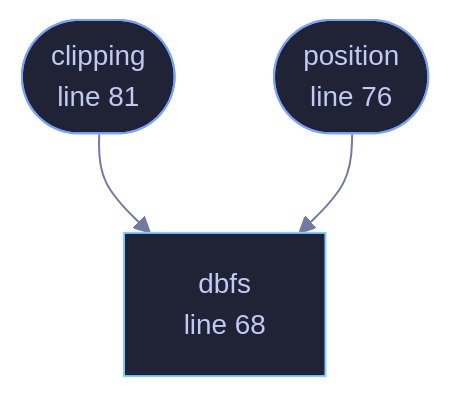
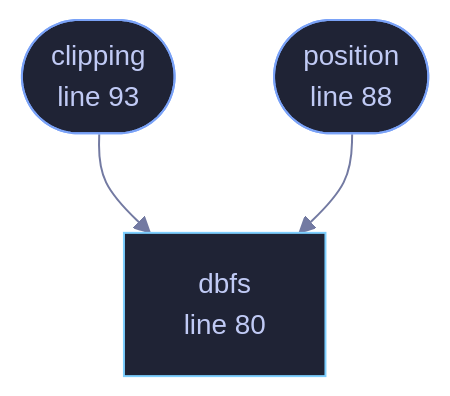
The diagram in docs/files/veilvoice-audio/meter.md (tilas01/veilvoice), drawn with Mermaid before and after one commit. The commit also changed other lines of this file and 487 other files, not shown here.

````diff
--- a/docs/files/veilvoice-audio/meter.md
+++ b/docs/files/veilvoice-audio/meter.md
@@ -87,16 +100,16 @@
 ```mermaid
 %%{init: {"theme":"base","themeVariables":{"background":"#1a1b26","primaryColor":"#1f2335","primaryTextColor":"#c0caf5","primaryBorderColor":"#7aa2f7","secondaryColor":"#16161e","tertiaryColor":"#16161e","lineColor":"#737aa2","textColor":"#c0caf5","mainBkg":"#1f2335","nodeBorder":"#7aa2f7","clusterBkg":"#16161e","clusterBorder":"#2f3549","fontFamily":"ui-monospace, SFMono-Regular, Consolas, monospace","fontSize":"14px"}}}%%
 flowchart TD
-    n_dbfs["dbfs<br/>line 68"]
-    n_position(["position<br/>line 76"])
-    n_clipping(["clipping<br/>line 81"])
+    n_dbfs["dbfs<br/>line 80"]
+    n_position(["position<br/>line 88"])
+    n_clipping(["clipping<br/>line 93"])
     n_clipping --> n_dbfs
     n_position --> n_dbfs
-    click n_dbfs href "https://github.com/tilas01/veilvoice/blob/main/crates/veilvoice-audio/src/meter.rs#L68" "open the source"
-    click n_position href "https://github.com/tilas01/veilvoice/blob/main/crates/veilvoice-audio/src/meter.rs#L76" "open the source"
-    click n_clipping href "https://github.com/tilas01/veilvoice/blob/main/crates/veilvoice-audio/src/meter.rs#L81" "open the source"
+    click n_dbfs href "https://github.com/tilas01/veilvoice/blob/main/crates/veilvoice-audio/src/meter.rs#L80" "open the source"
+    click n_position href "https://github.com/tilas01/veilvoice/blob/main/crates/veilvoice-audio/src/meter.rs#L88" "open the source"
+    click n_clipping href "https://github.com/tilas01/veilvoice/blob/main/crates/veilvoice-audio/src/meter.rs#L93" "open the source"
     classDef entry fill:#1f2335,stroke:#7aa2f7,color:#c0caf5
     class n_position,n_clipping entry
     classDef api fill:#1f2335,stroke:#7dcfff,color:#c0caf5
     class n_dbfs api
 ```
````
